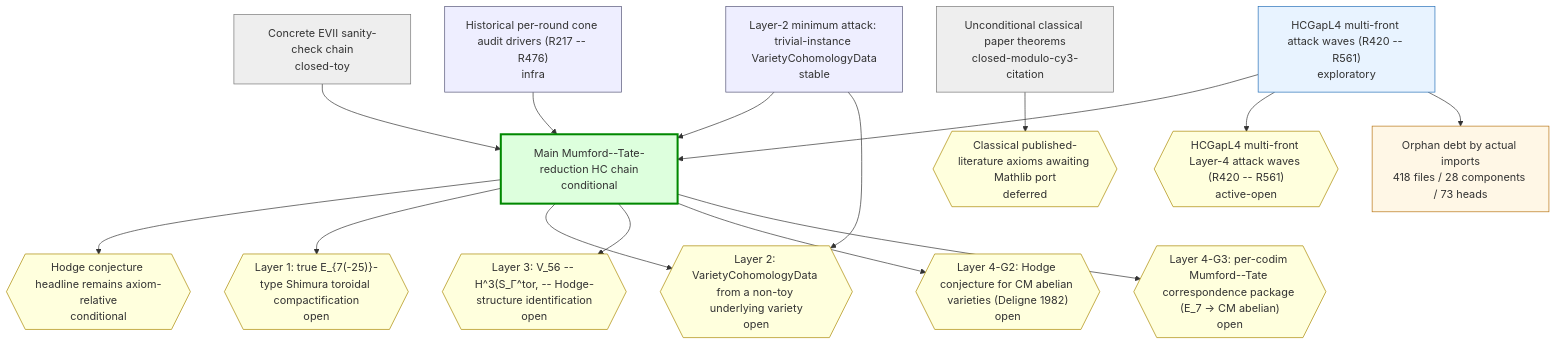
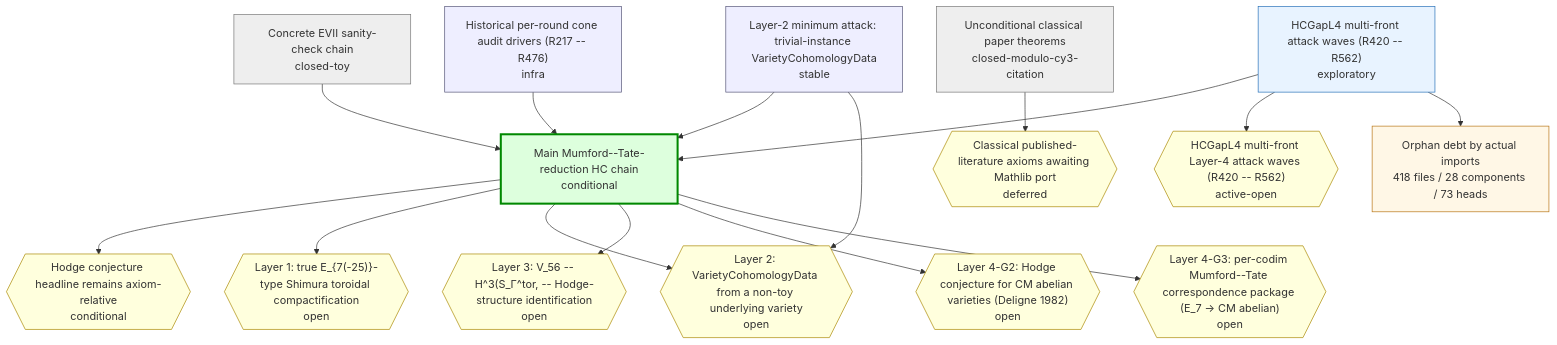
One commit to crabsatellite/hodge-conjecture-lean4-formalization changed the first of 2 diagrams in chain-status/research-map.md. Above: the diagram before and after it, drawn with Mermaid. The commit also changed other lines of this file and 7 other files, not shown here.

````diff
--- a/chain-status/research-map.md
+++ b/chain-status/research-map.md
@@ -45,44 +45,44 @@
 ```mermaid
 graph TD
   classDef main fill:#dfd,stroke:#080,stroke-width:3px
   classDef active fill:#e8f3ff,stroke:#2670b8
   classDef support fill:#eef,stroke:#557
   classDef closed fill:#eee,stroke:#777
   classDef dead fill:#fdd,stroke:#a00,stroke-width:2px
   classDef gapOpen fill:#ffd,stroke:#a80
   classDef gapClosed fill:#eee,stroke:#777
   classDef gapDead fill:#fdd,stroke:#a00
   classDef debt fill:#fff7e6,stroke:#b87514
   classDef debtTaxonomy fill:#e8f3ff,stroke:#2670b8,stroke-dasharray:3 3
   classDef debtRule fill:#eefbea,stroke:#398439,stroke-dasharray:3 3
   classDef debtDead fill:#fdd,stroke:#a00,stroke-dasharray:3 3
   chain_main_hc_axiom_relative["Main Mumford--Tate-reduction HC chain\nconditional"]:::main
   chain_unconditional_classical["Unconditional classical paper theorems\nclosed-modulo-cy3-citation"]:::closed
   chain_hcgap_l2_trivial_instances["Layer-2 minimum attack: trivial-instance VarietyCohomologyData\nstable"]:::support
-  chain_hcgap_l4_multifront_active["HCGapL4 multi-front attack waves (R420 -- R561)\nexploratory"]:::active
+  chain_hcgap_l4_multifront_active["HCGapL4 multi-front attack waves (R420 -- R562)\nexploratory"]:::active
   chain_concrete_evii_toy["Concrete EVII sanity-check chain\nclosed-toy"]:::closed
   chain_historical_cone_audits["Historical per-round cone audit drivers (R217 -- R476)\ninfra"]:::support
   gap_G_main_hc{{"Hodge conjecture headline remains axiom-relative\nconditional"}}:::gapOpen
   gap_G_l1_e7_shimura_tor{{"Layer 1: true E_{7(-25)}-type Shimura toroidal compactification\nopen"}}:::gapOpen
   gap_G_l2_cohomology_construction{{"Layer 2: VarietyCohomologyData from a non-toy underlying variety\nopen"}}:::gapOpen
   gap_G_l3_v56_mt_identification{{"Layer 3: V_56 -- H^3(S_Γ^tor, -- Hodge-structure identification\nopen"}}:::gapOpen
   gap_G_l4_cm_abelian_hc{{"Layer 4-G2: Hodge conjecture for CM abelian varieties (Deligne 1982)\nopen"}}:::gapOpen
   gap_G_l4_mt_correspondence{{"Layer 4-G3: per-codim Mumford--Tate correspondence package (E_7 -> CM abelian)\nopen"}}:::gapOpen
   gap_G_classical_mathlib_port{{"Classical published-literature axioms awaiting Mathlib port\ndeferred"}}:::gapOpen
-  gap_G_hcgap_l4_multifront{{"HCGapL4 multi-front Layer-4 attack waves (R420 -- R561)\nactive-open"}}:::gapOpen
+  gap_G_hcgap_l4_multifront{{"HCGapL4 multi-front Layer-4 attack waves (R420 -- R562)\nactive-open"}}:::gapOpen
   chain_main_hc_axiom_relative --> gap_G_main_hc
   chain_main_hc_axiom_relative --> gap_G_l1_e7_shimura_tor
   chain_main_hc_axiom_relative --> gap_G_l2_cohomology_construction
   chain_main_hc_axiom_relative --> gap_G_l3_v56_mt_identification
   chain_main_hc_axiom_relative --> gap_G_l4_cm_abelian_hc
   chain_main_hc_axiom_relative --> gap_G_l4_mt_correspondence
   chain_unconditional_classical --> gap_G_classical_mathlib_port
   chain_hcgap_l2_trivial_instances --> chain_main_hc_axiom_relative
   chain_hcgap_l2_trivial_instances --> gap_G_l2_cohomology_construction
   chain_hcgap_l4_multifront_active --> chain_main_hc_axiom_relative
   chain_hcgap_l4_multifront_active --> gap_G_hcgap_l4_multifront
   chain_concrete_evii_toy --> chain_main_hc_axiom_relative
   chain_historical_cone_audits --> chain_main_hc_axiom_relative
   debt_all["Orphan debt by actual imports\n418 files / 28 components / 73 heads"]:::debt
   chain_hcgap_l4_multifront_active --> debt_all
 ```
````
